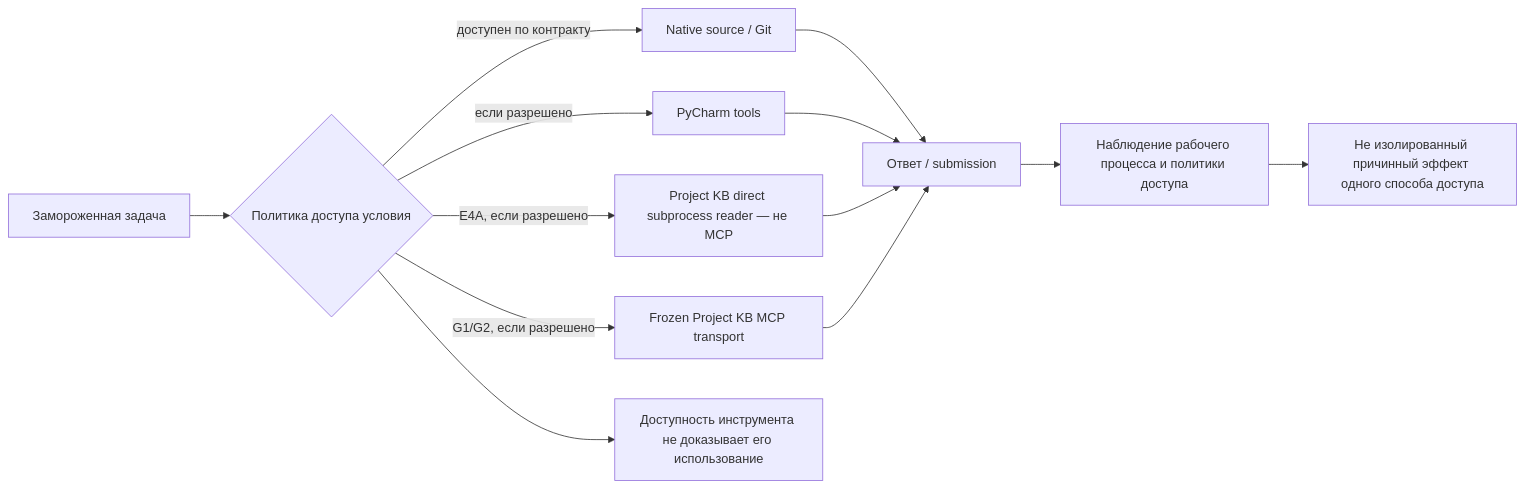
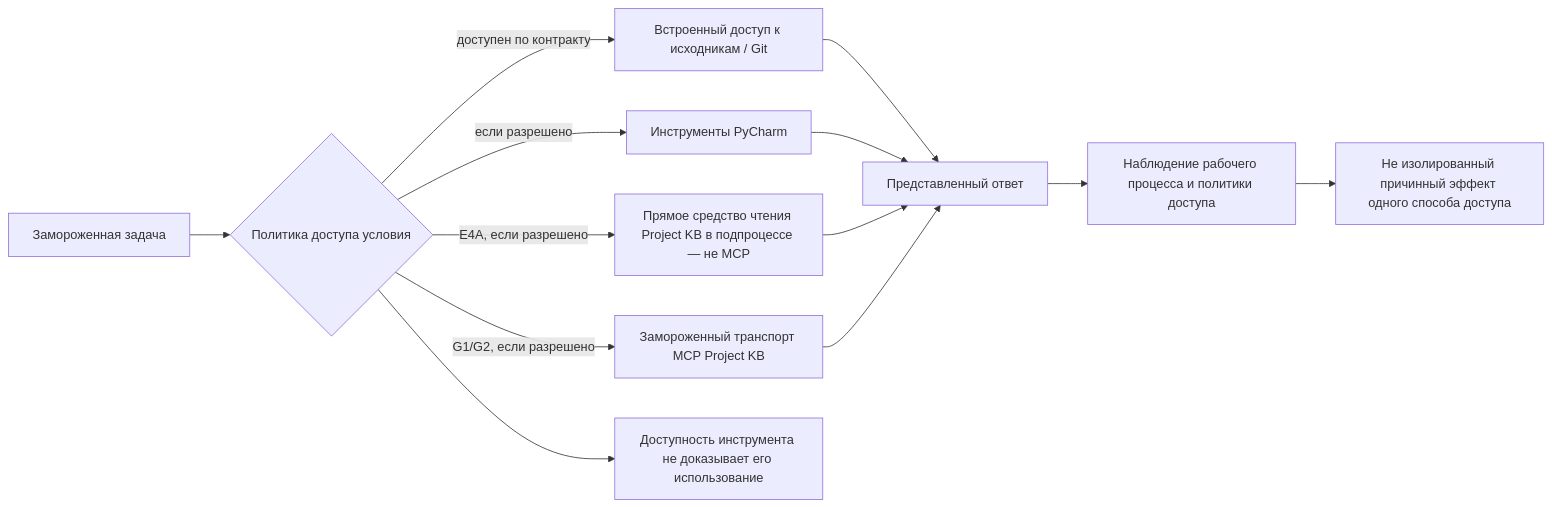
The first of 2 diagrams in docs/BENCHMARK.md (Vkuvalin/project-kb), drawn with Mermaid before and after one commit. The commit also changed other lines of this file and 6 other files, not shown here.

````diff
--- a/docs/BENCHMARK.md
+++ b/docs/BENCHMARK.md
@@ -101,15 +101,15 @@
 ```mermaid
 flowchart LR
     T["Замороженная задача"] --> C{"Политика доступа условия"}
-    C -->|"доступен по контракту"| N["Native source / Git"]
-    C -->|"если разрешено"| P["PyCharm tools"]
-    C -->|"E4A, если разрешено"| D["Project KB direct subprocess reader — не MCP"]
-    C -->|"G1/G2, если разрешено"| M["Frozen Project KB MCP transport"]
-    N --> A["Ответ / submission"]
+    C -->|"доступен по контракту"| N["Встроенный доступ к исходникам / Git"]
+    C -->|"если разрешено"| P["Инструменты PyCharm"]
+    C -->|"E4A, если разрешено"| D["Прямое средство чтения Project KB в подпроцессе — не MCP"]
+    C -->|"G1/G2, если разрешено"| M["Замороженный транспорт MCP Project KB"]
+    N --> A["Представленный ответ"]
     P --> A
     D --> A
     M --> A
     C --> U["Доступность инструмента не доказывает его использование"]
     A --> O["Наблюдение рабочего процесса и политики доступа"]
     O --> L["Не изолированный причинный эффект одного способа доступа"]
 ```
````
